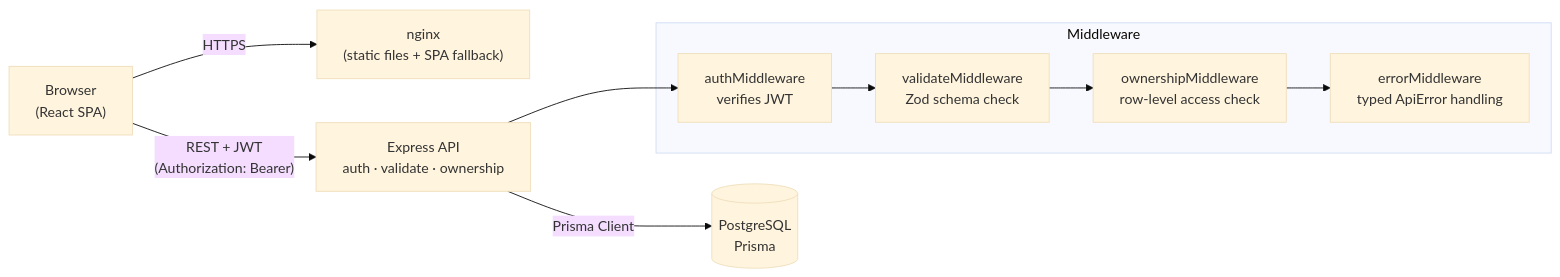
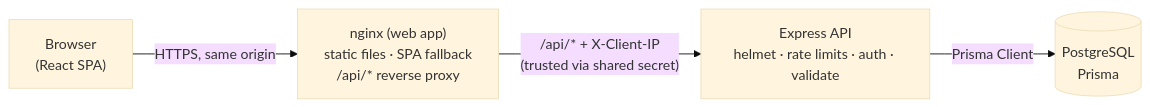
Before and after one commit to Prabh54/questlog: the diagram in README.md, drawn with Mermaid (base theme). The commit also changed other lines of this file and 35 other files, not shown here.

First line of the commit message:
feat: real auth sessions with rotating refresh tokens and rate limiting

````diff
--- a/README.md
+++ b/README.md
@@ -27,20 +27,11 @@
 ```mermaid
 flowchart LR
     Browser["Browser<br/>(React SPA)"]
-    Nginx["nginx<br/>(static files + SPA fallback)"]
-    API["Express API<br/>auth · validate · ownership"]
+    Nginx["nginx (web app)<br/>static files · SPA fallback<br/>/api/* reverse proxy"]
+    API["Express API<br/>helmet · rate limits · auth · validate"]
     DB[(PostgreSQL<br/>Prisma)]
 
-    Browser -- HTTPS --> Nginx
-    Browser -- "REST + JWT<br/>(Authorization: Bearer)" --> API
+    Browser -- "HTTPS, same origin" --> Nginx
+    Nginx -- "/api/* + X-Client-IP<br/>(trusted via shared secret)" --> API
     API -- Prisma Client --> DB
-
-    subgraph Middleware
-      M1[authMiddleware<br/>verifies JWT]
-      M2[validateMiddleware<br/>Zod schema check]
-      M3[ownershipMiddleware<br/>row-level access check]
-      M4[errorMiddleware<br/>typed ApiError handling]
-    end
-
-    API --> M1 --> M2 --> M3 --> M4
 ```
````
